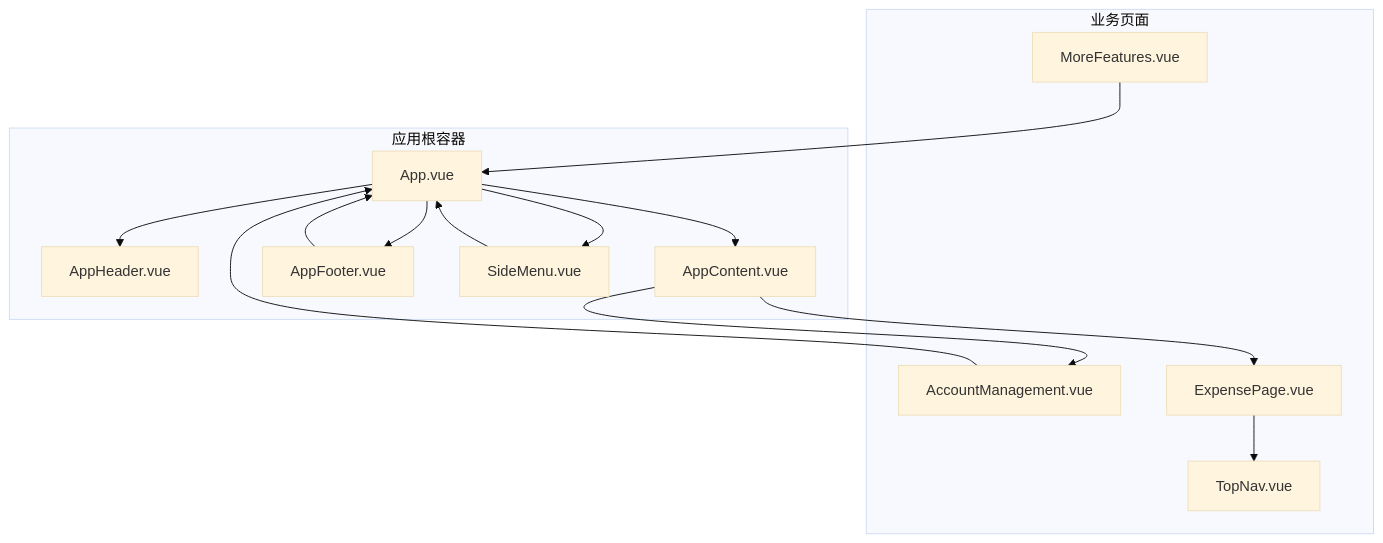
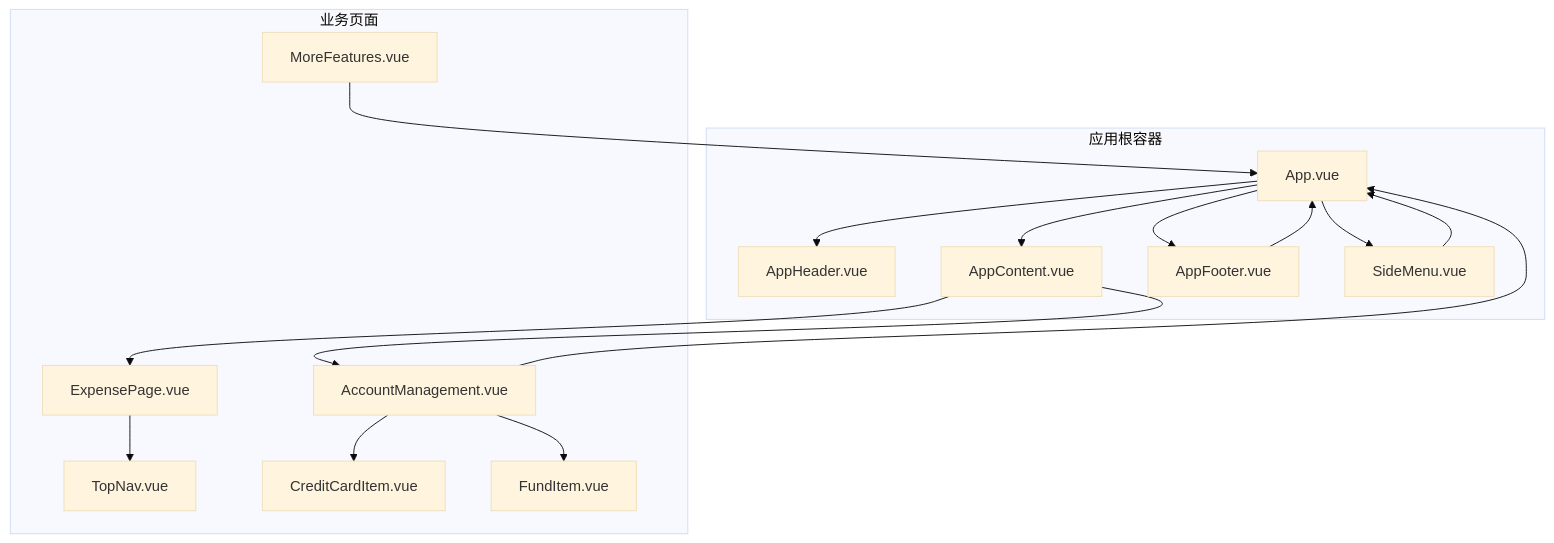
One commit to xiao-lin-unit/yuan changed the first of 9 diagrams in .qoder/repowiki/zh/content/架构设计/组件通信机制.md. Above: the diagram before and after it, drawn with Mermaid (base theme). The commit also changed other lines of this file and 19 other files, not shown here.

````diff
--- a/.qoder/repowiki/zh/content/架构设计/组件通信机制.md
+++ b/.qoder/repowiki/zh/content/架构设计/组件通信机制.md
@@ -48,27 +56,31 @@
 ```mermaid
 graph TB
 subgraph "应用根容器"
 App["App.vue"]
 Header["AppHeader.vue"]
 Content["AppContent.vue"]
 Footer["AppFooter.vue"]
 SideMenu["SideMenu.vue"]
 end
 subgraph "业务页面"
 AccMgr["AccountManagement.vue"]
 ExpPage["ExpensePage.vue"]
 TopNav["TopNav.vue"]
 More["MoreFeatures.vue"]
+CreditCard["CreditCardItem.vue"]
+FundItem["FundItem.vue"]
 end
 App --> Header
 App --> Content
 App --> Footer
 App --> SideMenu
 Content --> AccMgr
 Content --> ExpPage
 Footer --> App
 SideMenu --> App
 ExpPage --> TopNav
 AccMgr --> App
+AccMgr --> CreditCard
+AccMgr --> FundItem
 More --> App
 ```
````
